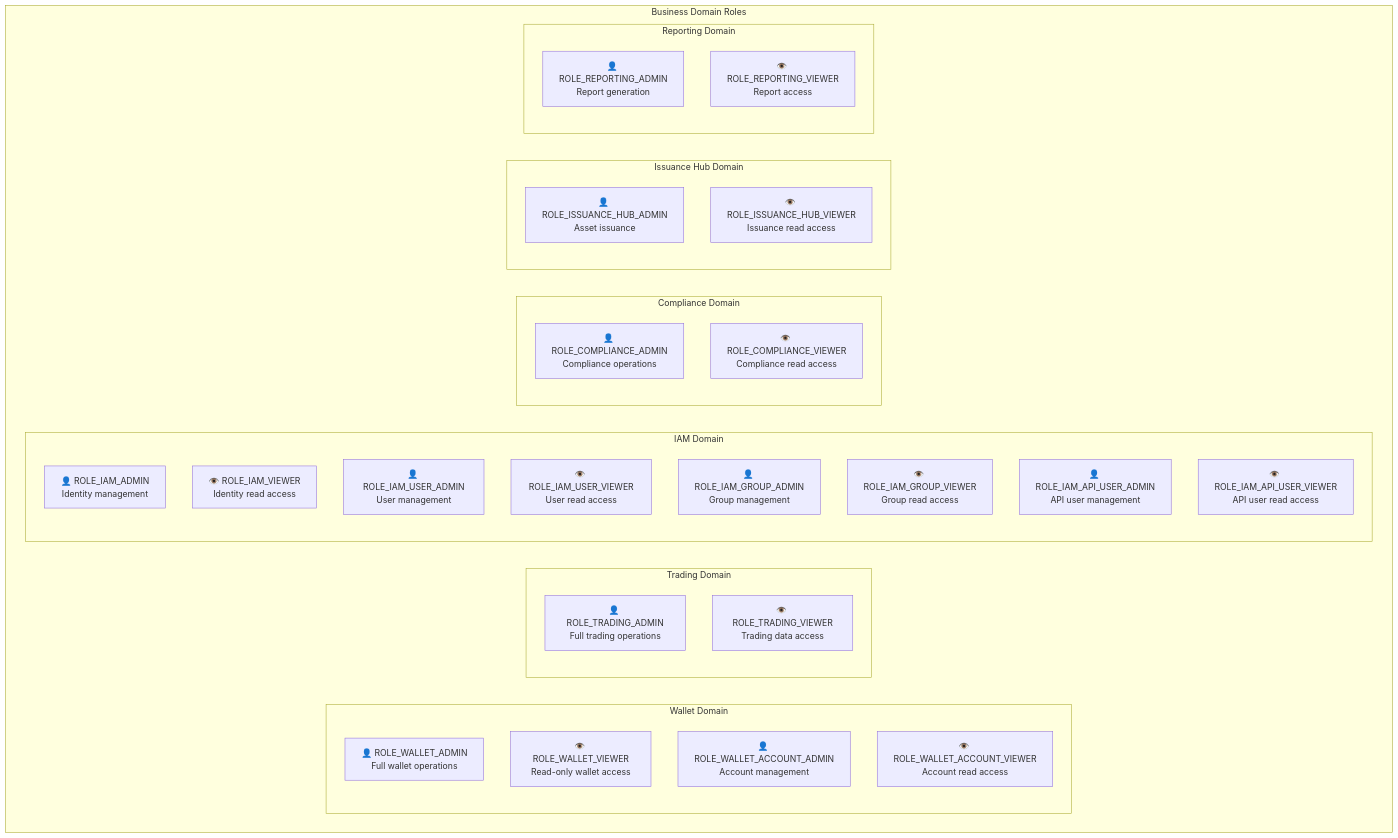
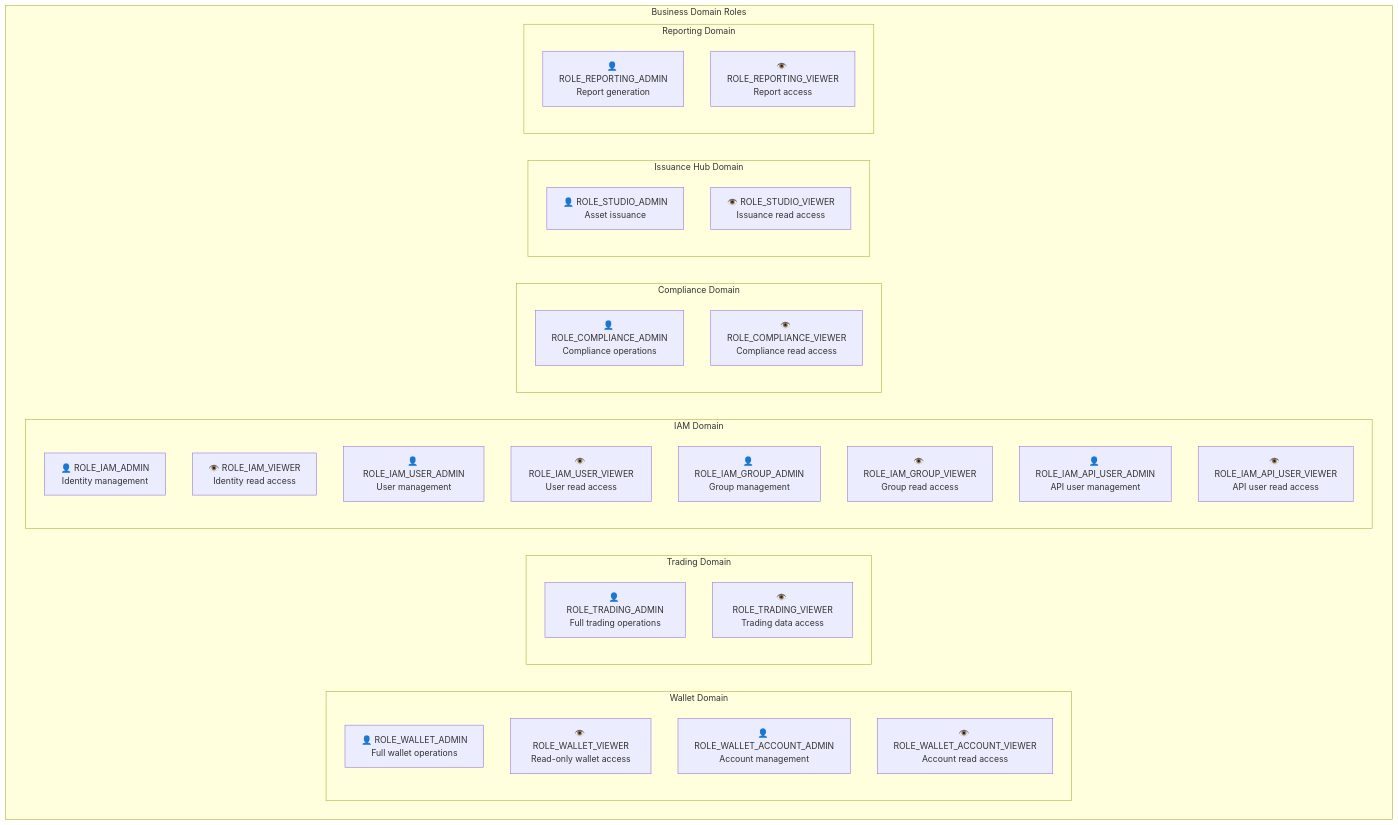
The first of 7 diagrams in docs/docs/architecture/role-based-access.mdx (meshtrade/api), drawn with Mermaid before and after one commit. The commit also changed other lines of this file and 8 other files, not shown here.

````diff
--- a/docs/docs/architecture/role-based-access.mdx
+++ b/docs/docs/architecture/role-based-access.mdx
@@ -72,42 +68,42 @@
 ```mermaid
 graph TD
     subgraph "Business Domain Roles"
         subgraph "Wallet Domain"
             WalletAdmin["👤 ROLE_WALLET_ADMIN<br/>Full wallet operations"]
             WalletViewer["👁️ ROLE_WALLET_VIEWER<br/>Read-only wallet access"]
             WalletAccAdmin["👤 ROLE_WALLET_ACCOUNT_ADMIN<br/>Account management"]
             WalletAccViewer["👁️ ROLE_WALLET_ACCOUNT_VIEWER<br/>Account read access"]
         end
         
         subgraph "Trading Domain"
             TradingAdmin["👤 ROLE_TRADING_ADMIN<br/>Full trading operations"]
             TradingViewer["👁️ ROLE_TRADING_VIEWER<br/>Trading data access"]
         end
         
         subgraph "IAM Domain"
             IAMAdmin["👤 ROLE_IAM_ADMIN<br/>Identity management"]
             IAMViewer["👁️ ROLE_IAM_VIEWER<br/>Identity read access"]
             IAMUserAdmin["👤 ROLE_IAM_USER_ADMIN<br/>User management"]
             IAMUserViewer["👁️ ROLE_IAM_USER_VIEWER<br/>User read access"]
             IAMGroupAdmin["👤 ROLE_IAM_GROUP_ADMIN<br/>Group management"]
             IAMGroupViewer["👁️ ROLE_IAM_GROUP_VIEWER<br/>Group read access"]
             IAMAPIAdmin["👤 ROLE_IAM_API_USER_ADMIN<br/>API user management"]
             IAMAPIViewer["👁️ ROLE_IAM_API_USER_VIEWER<br/>API user read access"]
         end
         
         subgraph "Compliance Domain"
             CompAdmin["👤 ROLE_COMPLIANCE_ADMIN<br/>Compliance operations"]
             CompViewer["👁️ ROLE_COMPLIANCE_VIEWER<br/>Compliance read access"]
         end
         
         subgraph "Issuance Hub Domain"
-            IssuanceAdmin["👤 ROLE_ISSUANCE_HUB_ADMIN<br/>Asset issuance"]
-            IssuanceViewer["👁️ ROLE_ISSUANCE_HUB_VIEWER<br/>Issuance read access"]
+            IssuanceAdmin["👤 ROLE_STUDIO_ADMIN<br/>Asset issuance"]
+            IssuanceViewer["👁️ ROLE_STUDIO_VIEWER<br/>Issuance read access"]
         end
         
         subgraph "Reporting Domain"
             ReportingAdmin["👤 ROLE_REPORTING_ADMIN<br/>Report generation"]
             ReportingViewer["👁️ ROLE_REPORTING_VIEWER<br/>Report access"]
         end
     end
 ```
````
